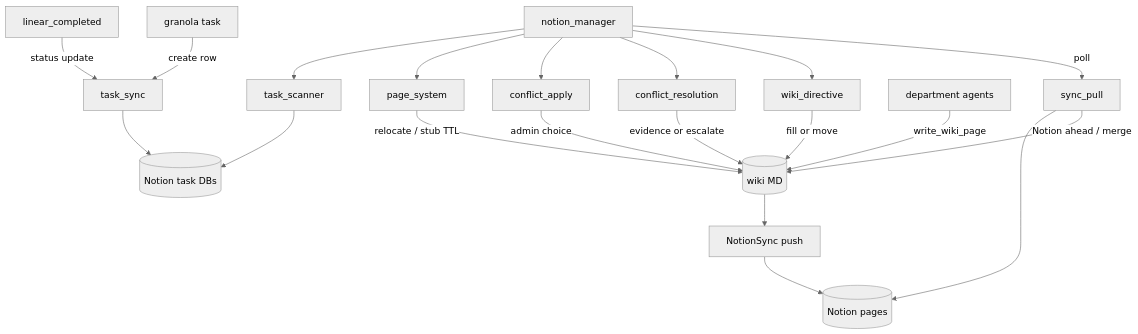
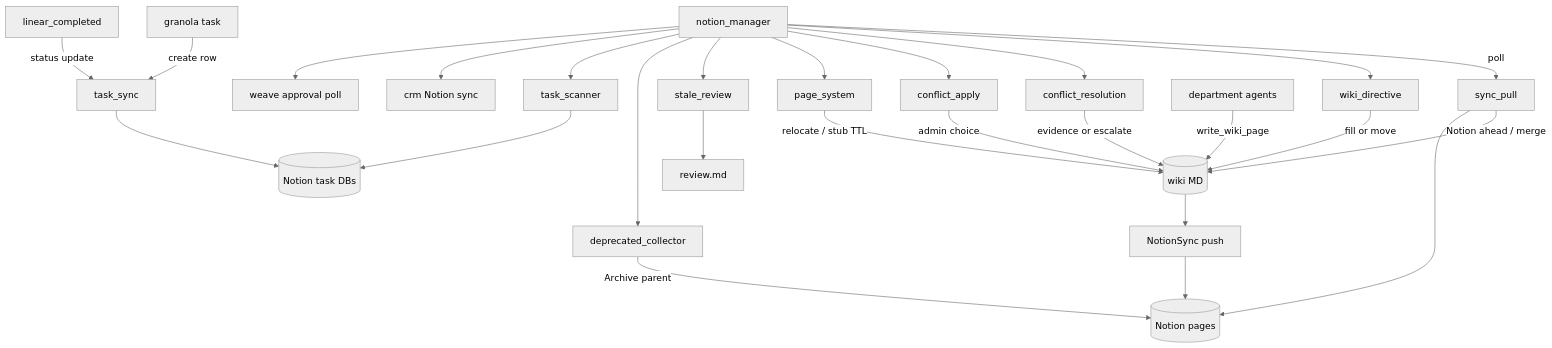
The fifth of 5 diagrams in docs/agents/operations.md (NickyHeC/4r7a), drawn with Mermaid (neutral theme) before and after one commit. The commit also changed other lines of this file and 16 other files, not shown here.

First line of the commit message:
Add Notion archive, onboarding, and unified manager poll.

````diff
--- a/docs/agents/operations.md
+++ b/docs/agents/operations.md
@@ -638,22 +639,28 @@
 ```mermaid
 flowchart TD
   NM[notion_manager] -->|poll| SP[sync_pull]
   NM --> WD[wiki_directive]
   NM --> CR[conflict_resolution]
   NM --> CA[conflict_apply]
   NM --> PS[page_system]
+  NM --> ST[stale_review]
+  NM --> DC[deprecated_collector]
   NM --> TS[task_scanner]
+  NM --> CRM[crm Notion sync]
+  NM --> WV[weave approval poll]
   SP -->|Notion ahead / merge| MD[(wiki MD)]
   WD -->|fill or move| MD
   CR -->|evidence or escalate| MD
   CA -->|admin choice| MD
   PS -->|relocate / stub TTL| MD
+  ST --> RQ[review.md]
+  DC -->|Archive parent| N[(Notion pages)]
   AG[department agents] -->|write_wiki_page| MD
   MD --> NS[NotionSync push]
-  NS --> N[(Notion pages)]
+  NS --> N
   SP --> N
   TS --> NDB[(Notion task DBs)]
   GT[granola task] -->|create row| SYNC[task_sync]
   LC[linear_completed] -->|status update| SYNC
   SYNC --> NDB
 ```
````
